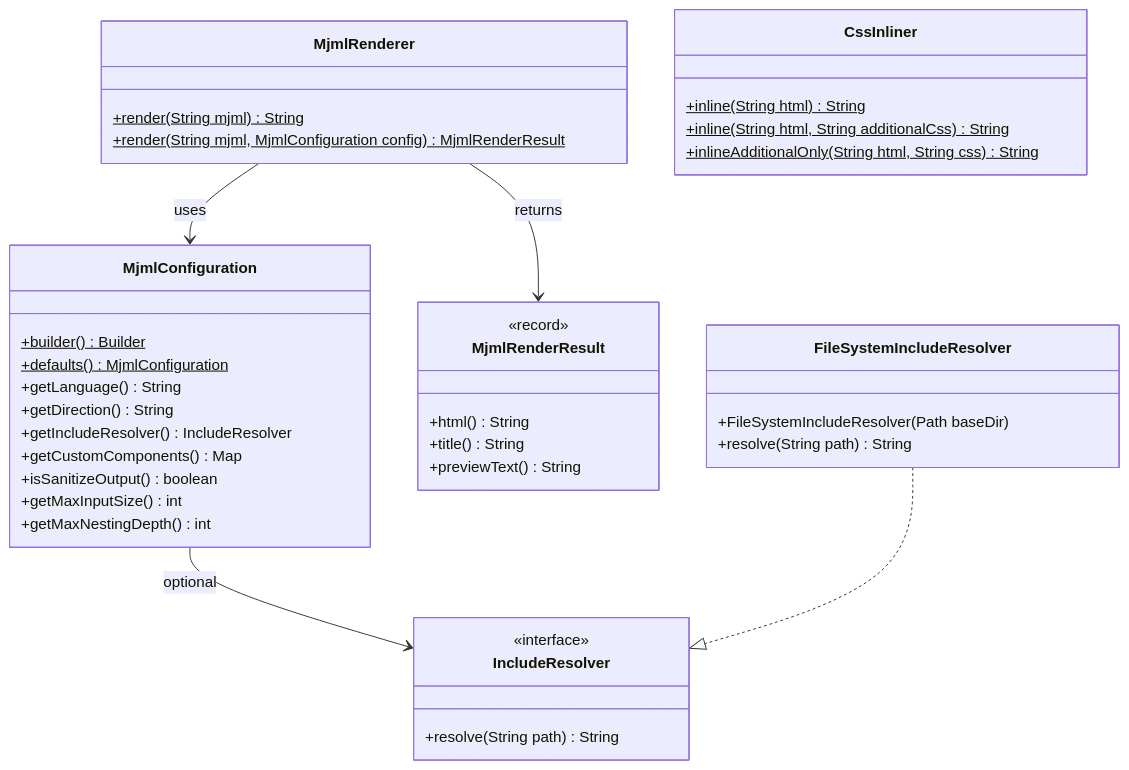
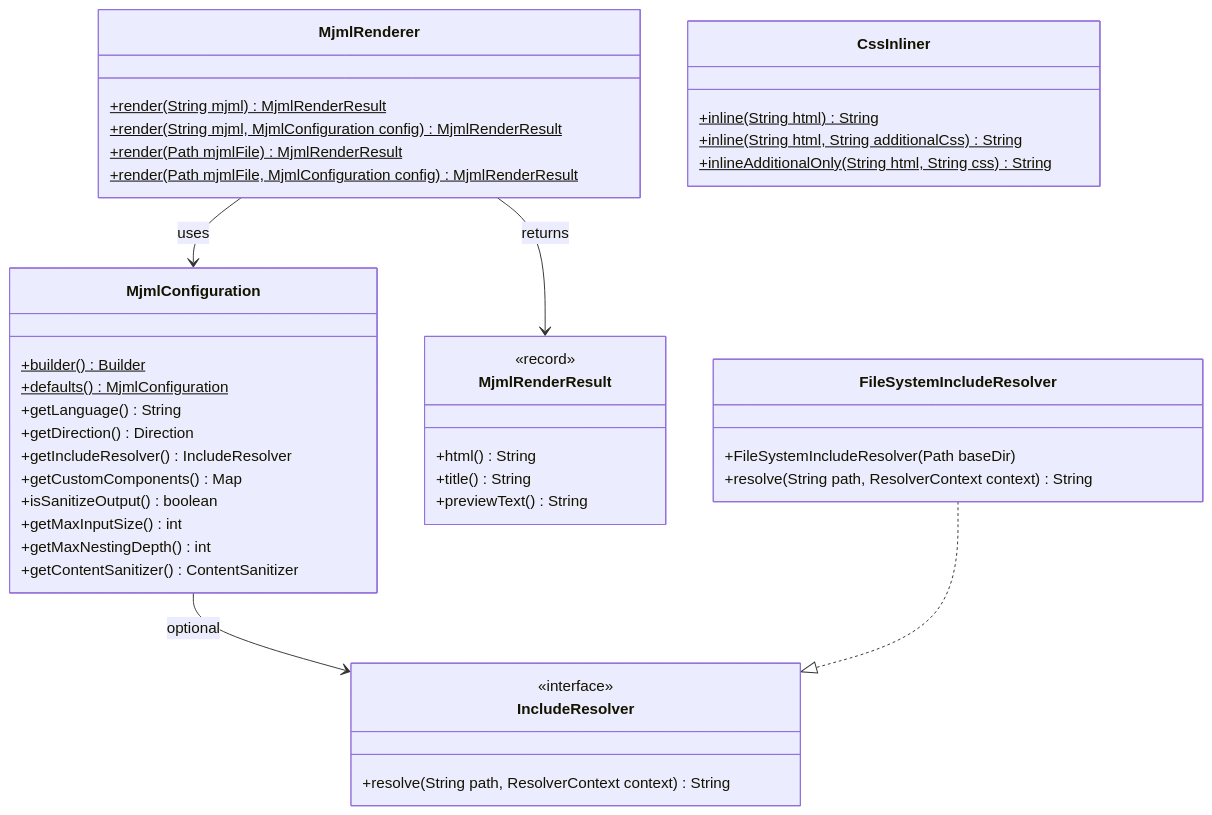
The first of 2 diagrams in docs/docs/api-reference/index.md (jcputney/mjml-java), drawn with Mermaid before and after one commit. The commit also changed other lines of this file and 344 other files, not shown here.

````diff
--- a/docs/docs/api-reference/index.md
+++ b/docs/docs/api-reference/index.md
@@ -25,47 +24,50 @@
 ```mermaid
 classDiagram
     class MjmlRenderer {
-        +render(String mjml)$ String
+        +render(String mjml)$ MjmlRenderResult
         +render(String mjml, MjmlConfiguration config)$ MjmlRenderResult
+        +render(Path mjmlFile)$ MjmlRenderResult
+        +render(Path mjmlFile, MjmlConfiguration config)$ MjmlRenderResult
     }
 
     class MjmlConfiguration {
         +builder()$ Builder
         +defaults()$ MjmlConfiguration
         +getLanguage() String
-        +getDirection() String
+        +getDirection() Direction
         +getIncludeResolver() IncludeResolver
         +getCustomComponents() Map
         +isSanitizeOutput() boolean
         +getMaxInputSize() int
         +getMaxNestingDepth() int
+        +getContentSanitizer() ContentSanitizer
     }
 
     class MjmlRenderResult {
         <<record>>
         +html() String
         +title() String
         +previewText() String
     }
 
     class IncludeResolver {
         <<interface>>
-        +resolve(String path) String
+        +resolve(String path, ResolverContext context) String
     }
 
     class FileSystemIncludeResolver {
         +FileSystemIncludeResolver(Path baseDir)
-        +resolve(String path) String
+        +resolve(String path, ResolverContext context) String
     }
 
     class CssInliner {
         +inline(String html)$ String
         +inline(String html, String additionalCss)$ String
         +inlineAdditionalOnly(String html, String css)$ String
     }
 
     MjmlRenderer --> MjmlConfiguration : uses
     MjmlRenderer --> MjmlRenderResult : returns
     MjmlConfiguration --> IncludeResolver : optional
     FileSystemIncludeResolver ..|> IncludeResolver
 ```
````
